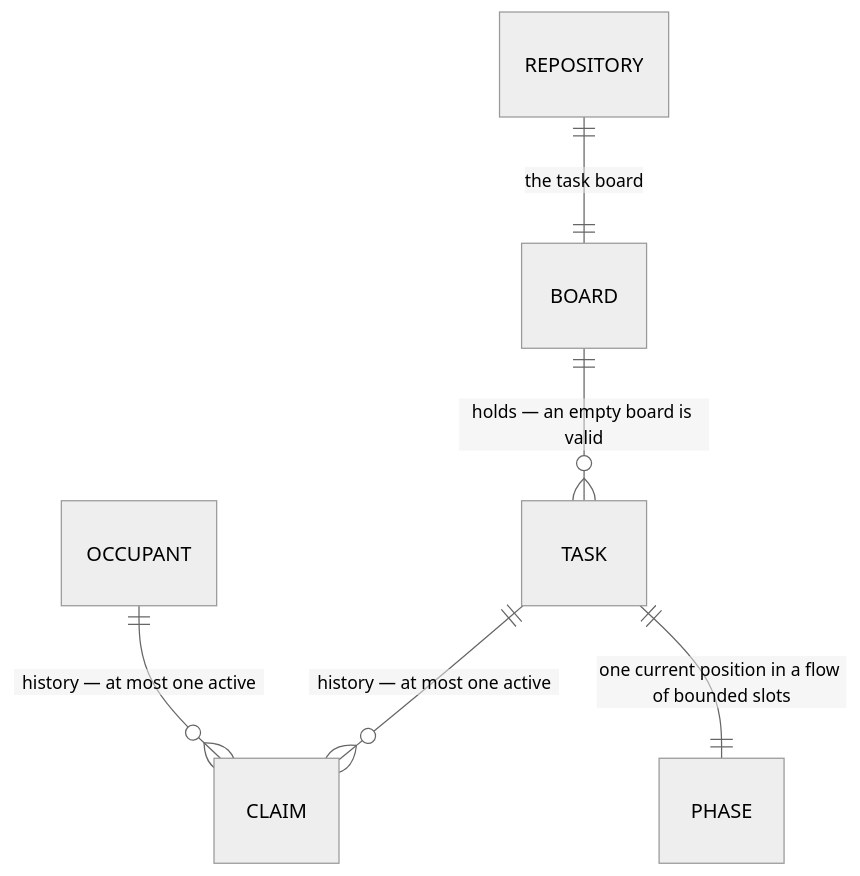
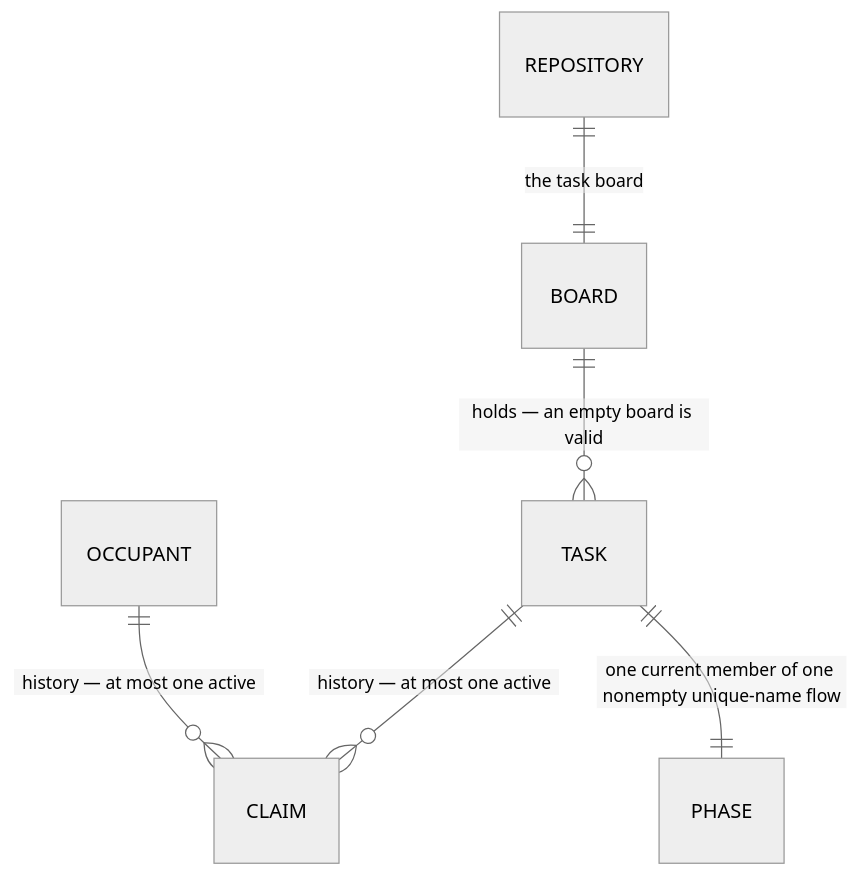
The fourth of 9 diagrams in docs/product/model/domain.md (infimalabs/spice-rust), drawn with Mermaid (neutral theme) before and after one commit. The commit also changed other lines of this file and 71 other files, not shown here.

````diff
--- a/docs/product/model/domain.md
+++ b/docs/product/model/domain.md
@@ -69,8 +70,8 @@
 ```mermaid
 erDiagram
   REPOSITORY ||--|| BOARD : "the task board"
   BOARD ||--o{ TASK : "holds — an empty board is valid"
   TASK ||--o{ CLAIM : "history — at most one active"
   OCCUPANT ||--o{ CLAIM : "history — at most one active"
-  TASK ||--|| PHASE : "one current position in a flow of bounded slots"
+  TASK ||--|| PHASE : "one current member of one nonempty unique-name flow"
 ```
````
